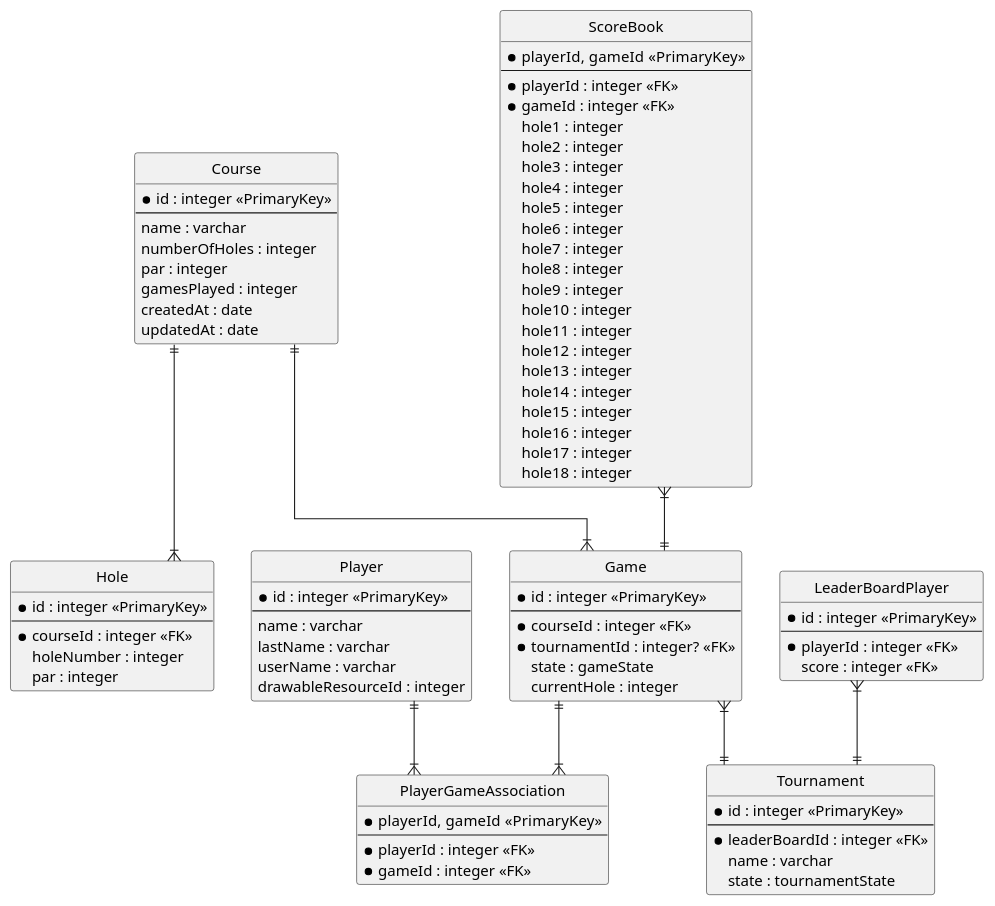
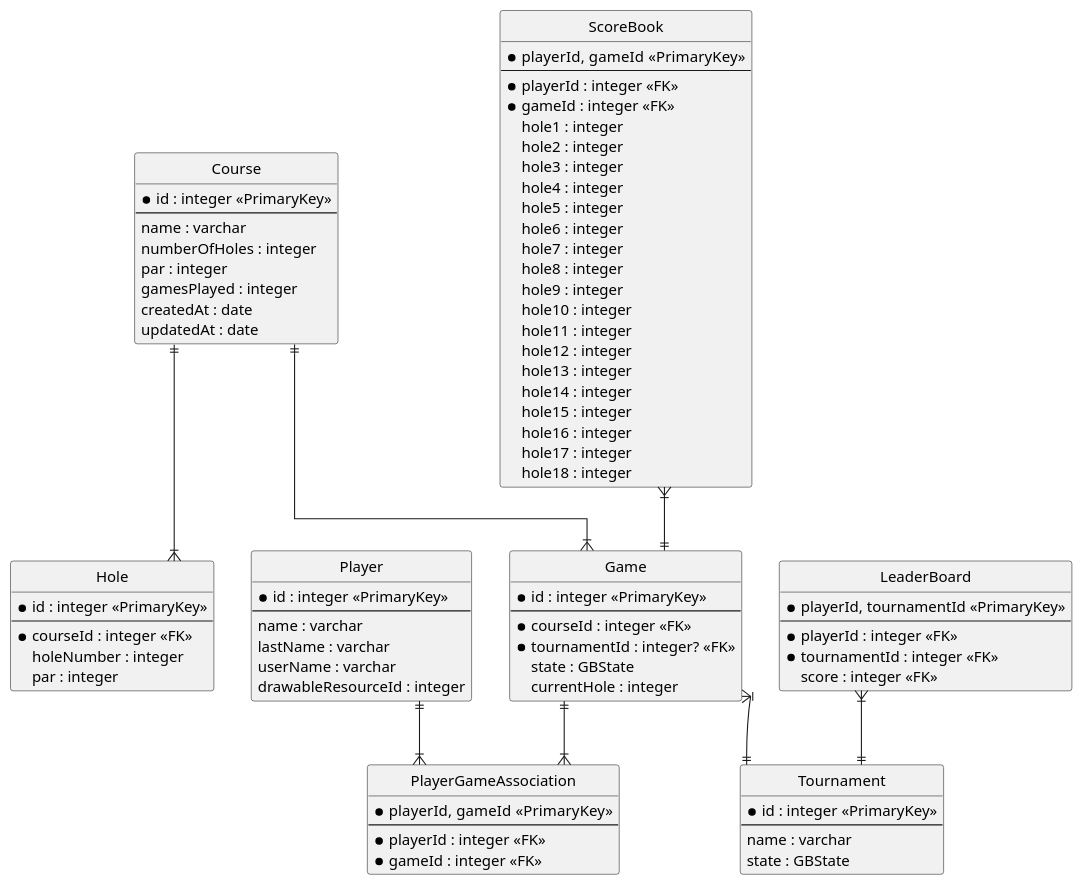
The diagram in doc/database_diagram.puml (MindeurFou/golfbook-backend), drawn with PlantUML before and after one commit. The commit also changed 20 other files, not shown here.

```diff
--- a/doc/database_diagram.puml
+++ b/doc/database_diagram.puml
@@ -1,99 +1,99 @@
 @startuml
 
 hide circle
 skinparam linetype ortho
 
 class Hole {
     * id : integer <<PrimaryKey>>
     ---
     * courseId : integer <<FK>>
     holeNumber : integer
     par : integer
 }
 
 class Course {
     * id : integer <<PrimaryKey>>
     ---
     name : varchar
     numberOfHoles : integer
     par : integer
     gamesPlayed : integer
     createdAt : date
     updatedAt : date
 }
 
 class Game {
     * id : integer <<PrimaryKey>>
     ---
     * courseId : integer <<FK>>
     * tournamentId : integer? <<FK>>
-    state : gameState
+    state : GBState
     currentHole : integer
 }
 
 class Player {
     * id : integer <<PrimaryKey>>
     ---
     name : varchar
     lastName : varchar
     userName : varchar
     drawableResourceId : integer
 }
 
 class PlayerGameAssociation {
     * playerId, gameId  <<PrimaryKey>>
     ---
     * playerId : integer <<FK>>
     * gameId : integer <<FK>>
 }
 
 class ScoreBook {
     * playerId, gameId  <<PrimaryKey>>
     ---
     * playerId : integer <<FK>>
     * gameId : integer <<FK>>
     hole1 : integer
     hole2 : integer
     hole3 : integer
     hole4 : integer
     hole5 : integer
     hole6 : integer
     hole7 : integer
     hole8 : integer
     hole9 : integer
     hole10 : integer
     hole11 : integer
     hole12 : integer
     hole13 : integer
     hole14 : integer
     hole15 : integer
     hole16 : integer
     hole17 : integer
     hole18 : integer
 }
 
 class Tournament {
     * id : integer <<PrimaryKey>>
     ---
-    * leaderBoardId : integer <<FK>>
     name : varchar
-    state : tournamentState
+    state : GBState
 }
 
-class LeaderBoardPlayer {
-    * id : integer <<PrimaryKey>>
+class LeaderBoard {
+    * playerId, tournamentId <<PrimaryKey>>
     ---
     * playerId : integer <<FK>>
+    * tournamentId : integer <<FK>>
     score : integer <<FK>>
 }
 
 
 Course ||--|{ Hole
 Course ||--|{ Game
 Player ||--|{ PlayerGameAssociation
 Game ||--|{ PlayerGameAssociation
 ScoreBook }|--|| Game
 Game }|--|| Tournament
-LeaderBoardPlayer }|--|| Tournament
+LeaderBoard }|--|| Tournament
 
 @enduml
```
